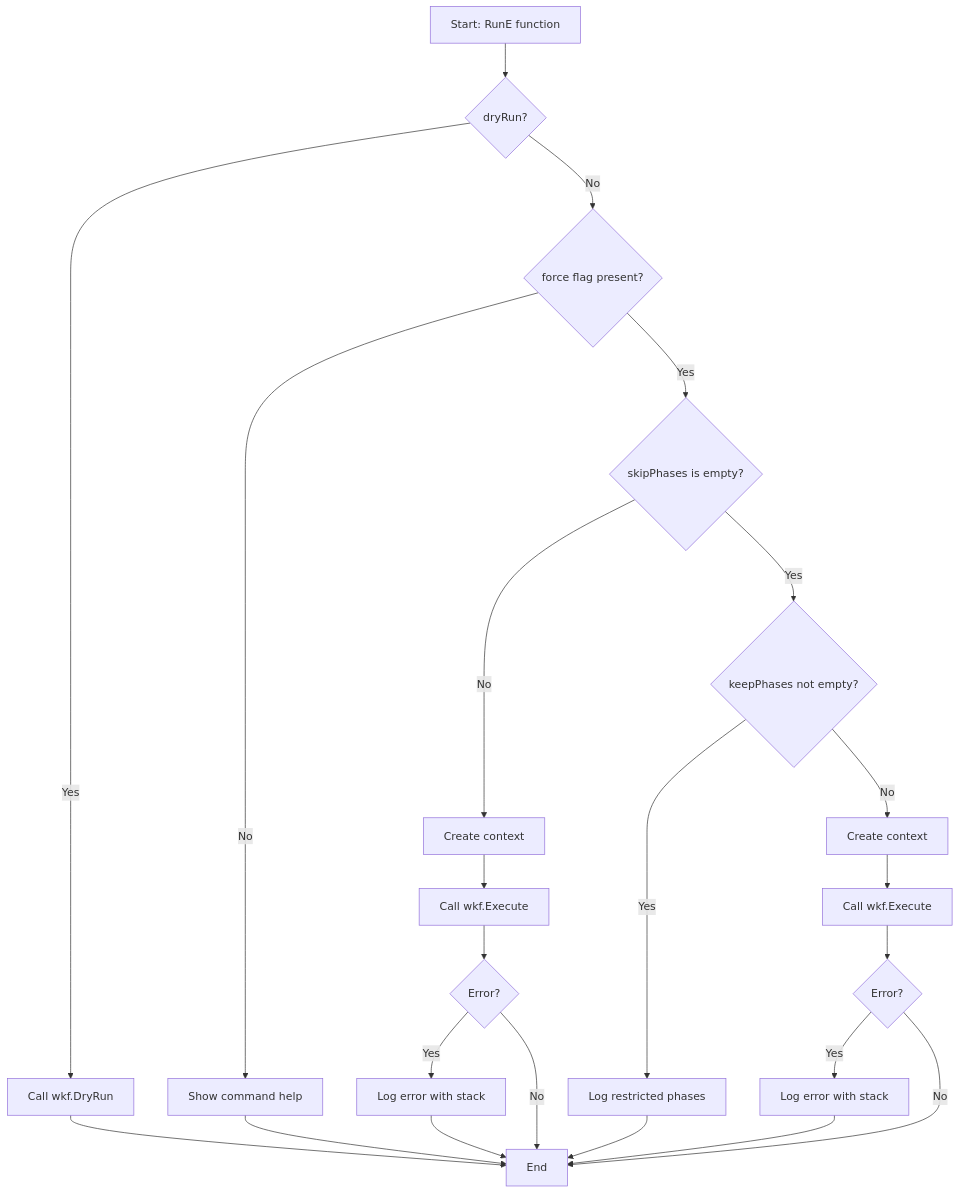
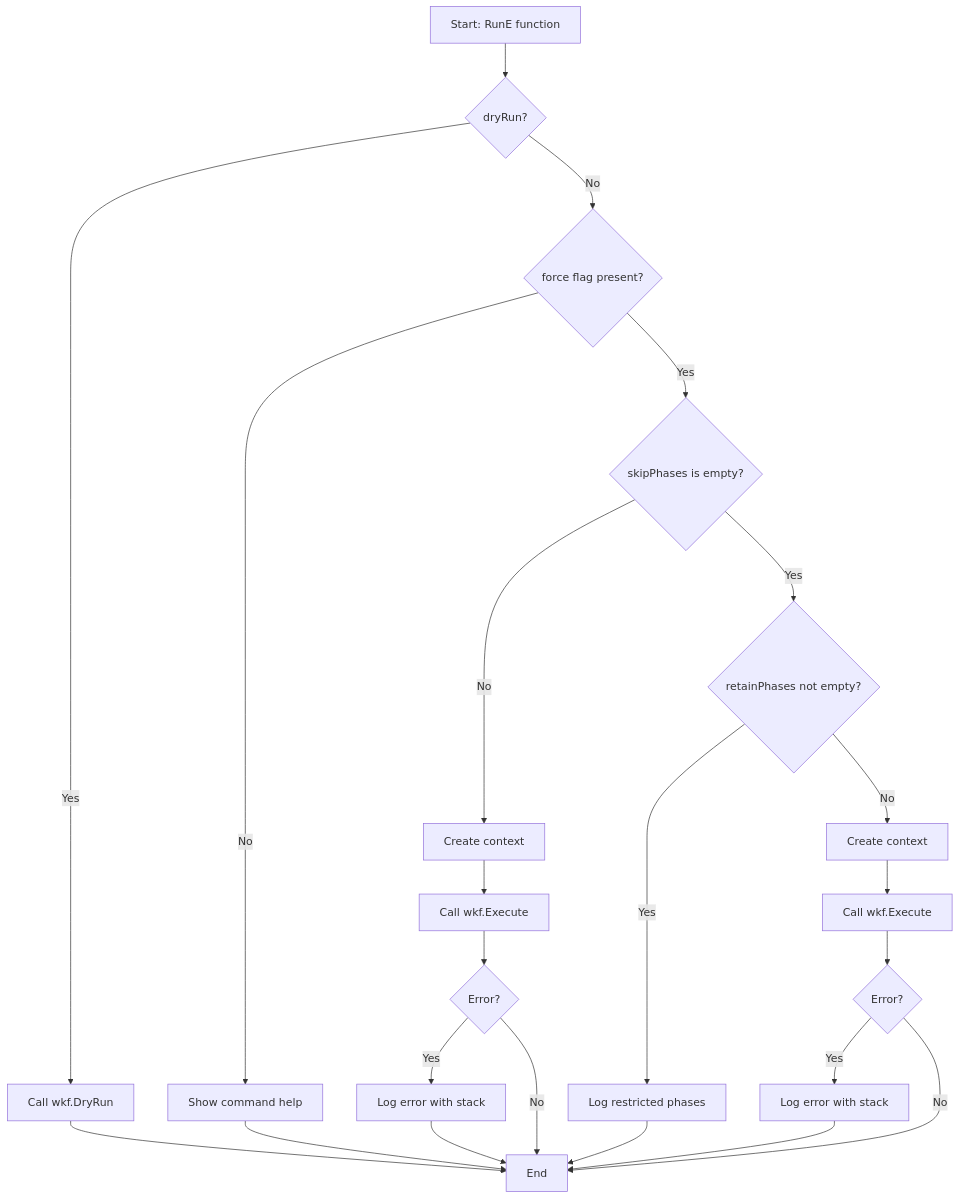
One commit to abtransitionit/gocore changed the first of 2 diagrams in phase/README.md. Above: the diagram before and after it, drawn with Mermaid. The commit also changed other lines of this file and 4 other files, not shown here.

````diff
--- a/phase/README.md
+++ b/phase/README.md
@@ -4,16 +4,16 @@
 ```mermaid
 flowchart TD
     A[Start: RunE function] --> B{dryRun?}
     B -- Yes --> C[Call wkf.DryRun] --> Z[End]
     B -- No --> E{force flag present?}
     E -- No --> G[Show command help] --> Z
     E -- Yes --> H{skipPhases is empty?}
     H -- No --> J[Create context] --> K[Call wkf.Execute] --> L{Error?}
     L -- Yes --> M[Log error with stack] --> Z
     L -- No --> Z
-    H -- Yes --> N{keepPhases not empty?}
+    H -- Yes --> N{retainPhases not empty?}
     N -- Yes --> O[Log restricted phases] --> Z
     N -- No --> P[Create context] --> Q[Call wkf.Execute] --> R{Error?}
     R -- Yes --> S[Log error with stack] --> Z
     R -- No --> Z
 ```
````
